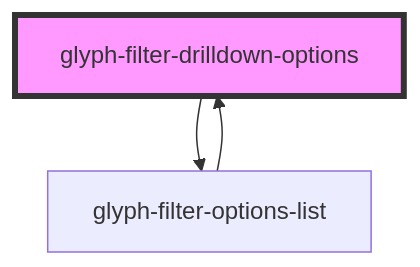
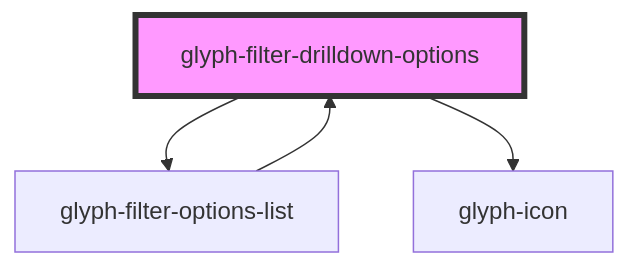
One commit to adrianiy/synth-ui changed the diagram in packages/glyph-components/src/components/filter/components/drilldown-options/readme.md. Above: the diagram before and after it, drawn with Mermaid. The commit also changed other lines of this file and 37 other files, not shown here.

````diff
--- a/packages/glyph-components/src/components/filter/components/drilldown-options/readme.md
+++ b/packages/glyph-components/src/components/filter/components/drilldown-options/readme.md
@@ -31,6 +32,7 @@
 ```mermaid
 graph TD;
   glyph-filter-drilldown-options --> glyph-filter-options-list
+  glyph-filter-drilldown-options --> glyph-icon
   glyph-filter-options-list --> glyph-filter-drilldown-options
   style glyph-filter-drilldown-options fill:#f9f,stroke:#333,stroke-width:4px
 ```
````
